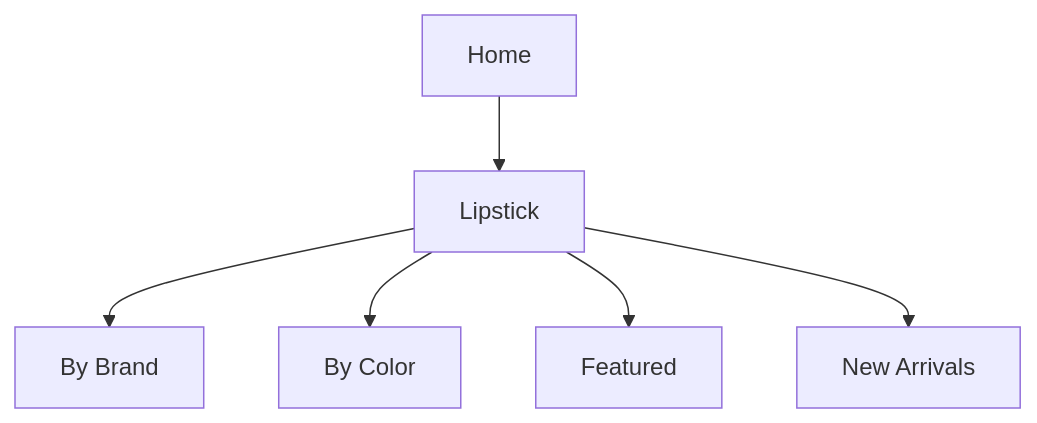
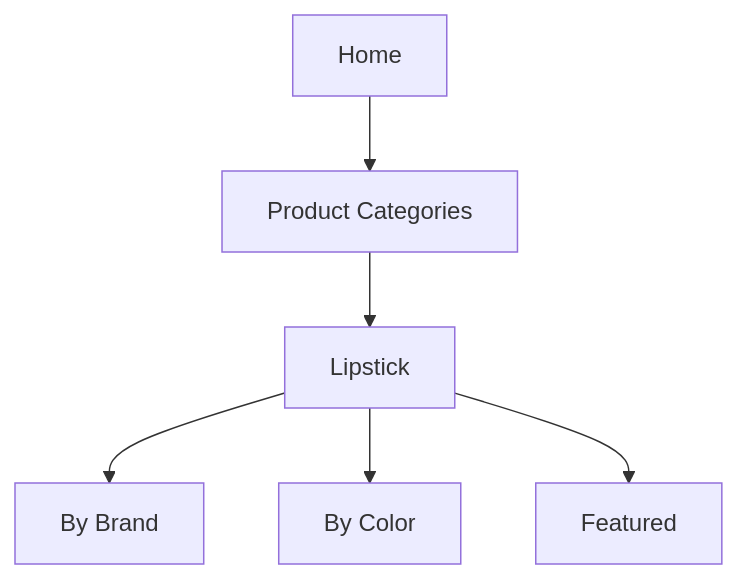
Before and after one commit to misterfitzy/false-eyelash-store: the diagram in specs/product-spec.md, drawn with Mermaid. The commit also changed other lines of this file, not shown here.

Commit message:
Update lipstick feature specification: advanced filtering, variant stock, admin, UI/UX, data model (April 27, 2026)

````diff
--- a/specs/product-spec.md
+++ b/specs/product-spec.md
@@ -20,8 +23,8 @@
 ```mermaid
 graph TD
-H[Home] --> L[Lipstick]
-L --> LB[By Brand]
-L --> LC[By Color]
-L --> LF[Featured]
-L --> LN[New Arrivals]
+  Home --> Category[Product Categories]
+  Category --> Lipstick
+  Lipstick --> LB[By Brand]
+  Lipstick --> LC[By Color]
+  Lipstick --> LF[Featured]
 ```
````
